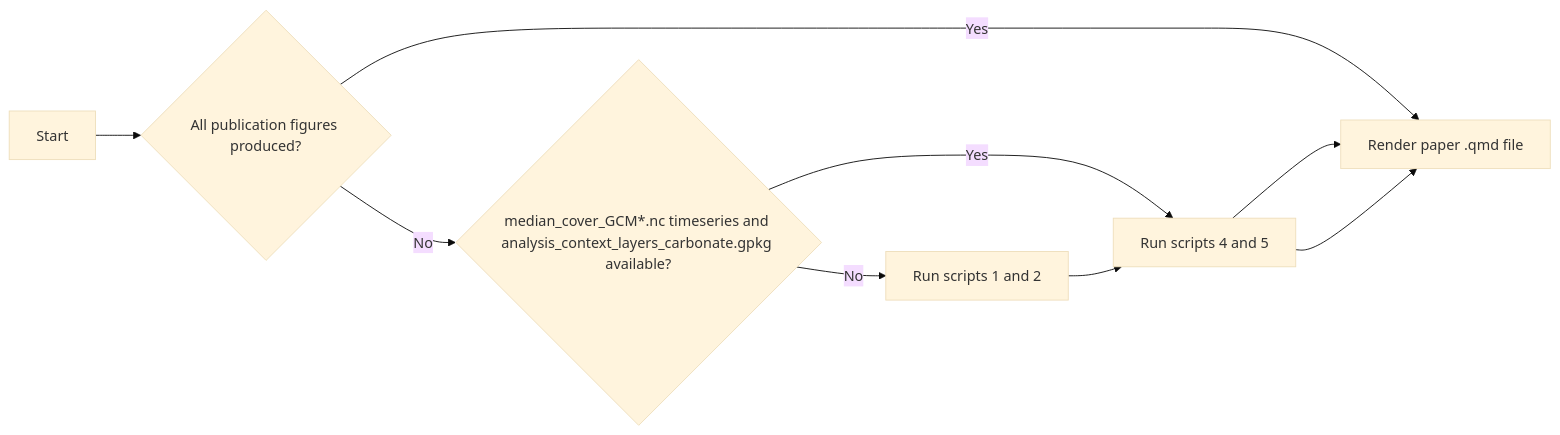
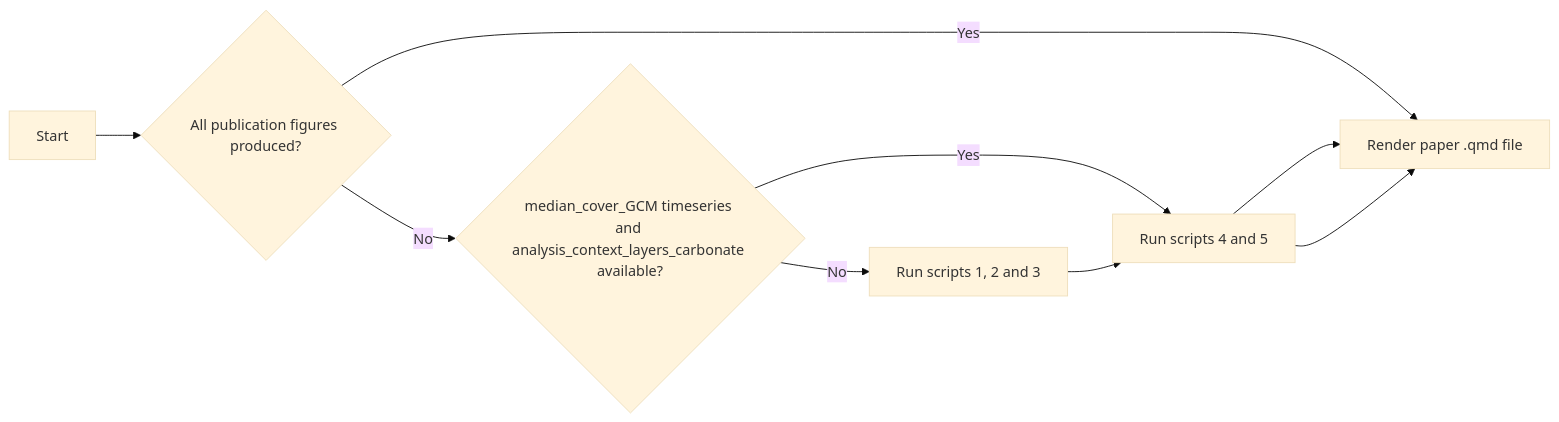
The diagram in README.md (eco-ben/ADRIA-reef-indicators), drawn with Mermaid (base theme) before and after one commit.

Commit message:
Changes to diagram
Changes to diagram

````diff
--- a/README.md
+++ b/README.md
@@ -75,11 +75,11 @@
 ```mermaid
 flowchart LR;
     A[Start] --> B{All publication figures produced?};
     B -->|Yes| C[Render paper .qmd file];
-    B -->|No| D{median_cover_GCM*.nc timeseries and analysis_context_layers_carbonate.gpkg available?};
+    B -->|No| D{median_cover_GCM timeseries and analysis_context_layers_carbonate available?};
     D -->|Yes| E[Run scripts 4 and 5];
     E --> C;
-    D -->|No| F[Run scripts 1 and 2];
+    D -->|No| F[Run scripts 1, 2 and 3];
     F --> E;
     E --> C;
 ```
````
